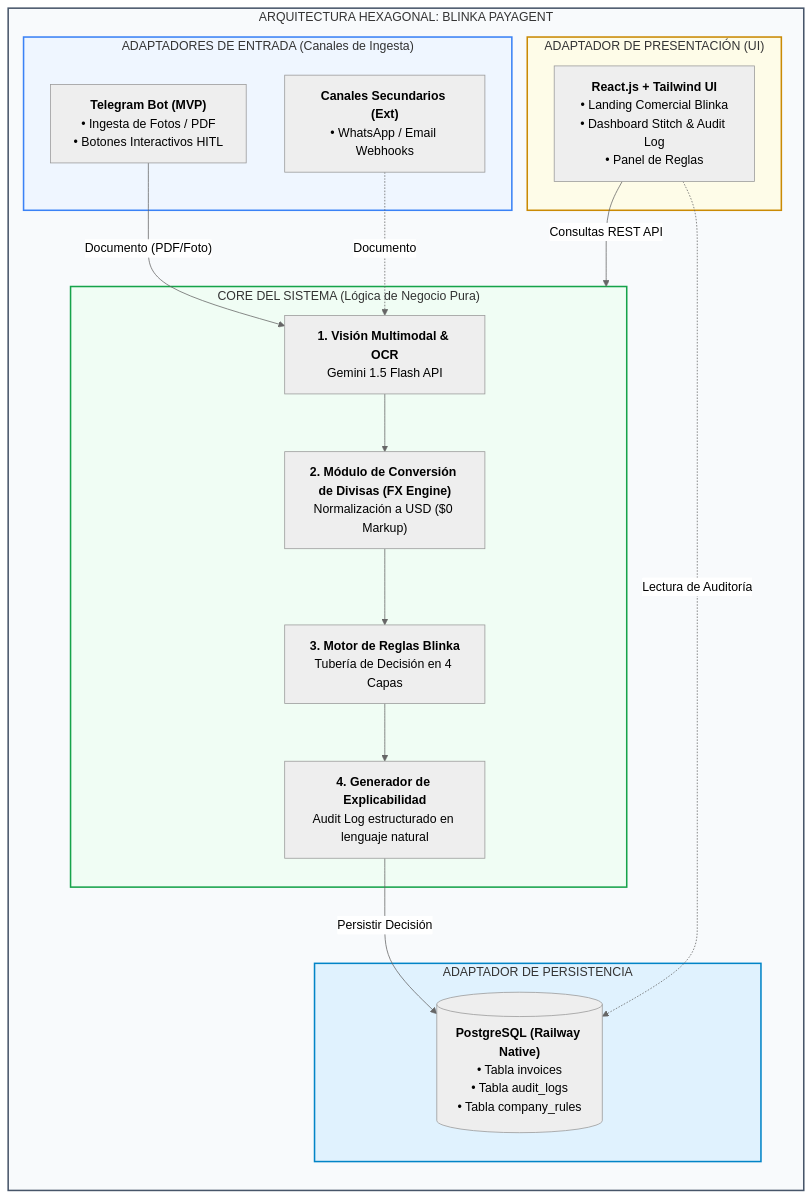
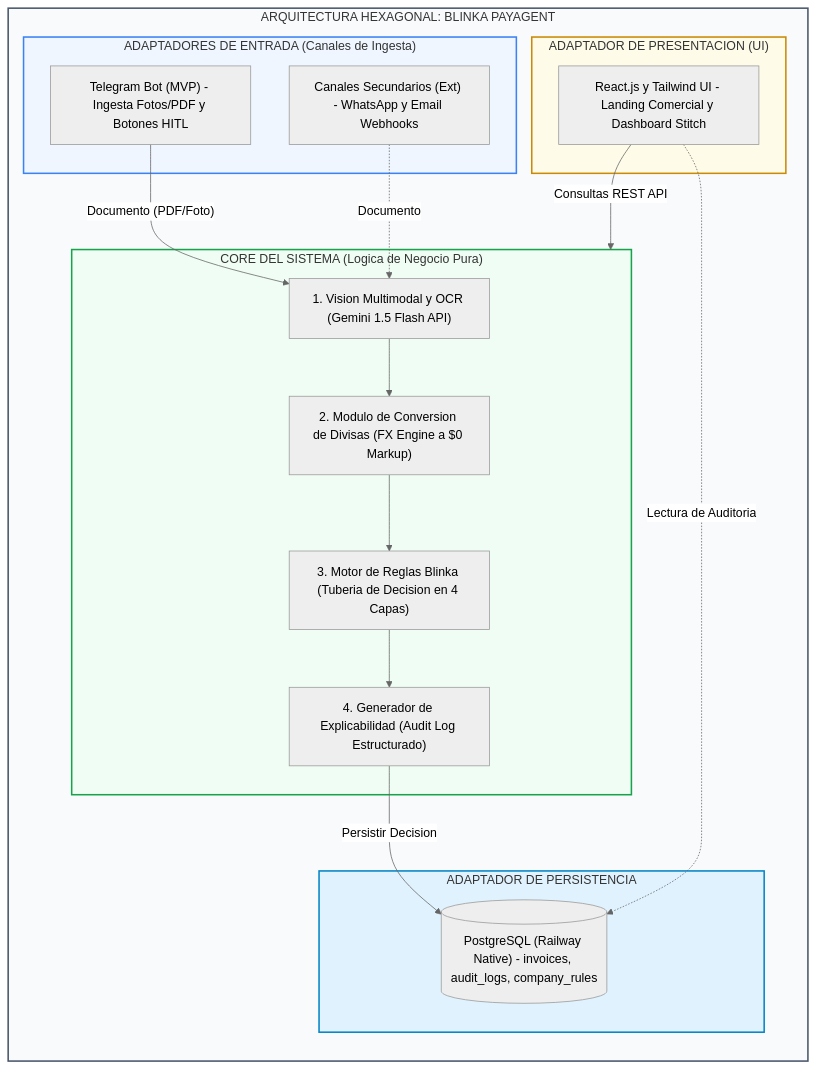
Before and after one commit to Oriojas/30X_404_team: the first of 2 diagrams in docs/arquitectura/arquitectura_solucion_v4.md, drawn with Mermaid (neutral theme). The commit also changed other lines of this file and 6 other files, not shown here.

First line of the commit message:
fix: corregir sintaxis de diagramas mermaid y eliminar etiquetas html visibles

````diff
--- a/docs/arquitectura/arquitectura_solucion_v4.md
+++ b/docs/arquitectura/arquitectura_solucion_v4.md
@@ -13,40 +13,40 @@
 ```mermaid
 flowchart TD
     subgraph System ["ARQUITECTURA HEXAGONAL: BLINKA PAYAGENT"]
         direction TB
 
         subgraph InAdapters ["ADAPTADORES DE ENTRADA (Canales de Ingesta)"]
-            Telegram["<b>Telegram Bot (MVP)</b><br/>• Ingesta de Fotos / PDF<br/>• Botones Interactivos HITL"]
-            OtherChannels["<b>Canales Secundarios (Ext)</b><br/>• WhatsApp / Email Webhooks"]
+            Telegram["Telegram Bot (MVP) - Ingesta Fotos/PDF y Botones HITL"]
+            OtherChannels["Canales Secundarios (Ext) - WhatsApp y Email Webhooks"]
         end
 
-        subgraph OutAdapters ["ADAPTADOR DE PRESENTACIÓN (UI)"]
-            ReactUI["<b>React.js + Tailwind UI</b><br/>• Landing Comercial Blinka<br/>• Dashboard Stitch & Audit Log<br/>• Panel de Reglas"]
+        subgraph OutAdapters ["ADAPTADOR DE PRESENTACION (UI)"]
+            ReactUI["React.js y Tailwind UI - Landing Comercial y Dashboard Stitch"]
         end
 
-        subgraph Core ["CORE DEL SISTEMA (Lógica de Negocio Pura)"]
-            OCR["<b>1. Visión Multimodal & OCR</b><br/>Gemini 1.5 Flash API"]
-            FX["<b>2. Módulo de Conversión de Divisas (FX Engine)</b><br/>Normalización a USD ($0 Markup)"]
-            Rules["<b>3. Motor de Reglas Blinka</b><br/>Tubería de Decisión en 4 Capas"]
-            Audit["<b>4. Generador de Explicabilidad</b><br/>Audit Log estructurado en lenguaje natural"]
+        subgraph Core ["CORE DEL SISTEMA (Logica de Negocio Pura)"]
+            OCR["1. Vision Multimodal y OCR (Gemini 1.5 Flash API)"]
+            FX["2. Modulo de Conversion de Divisas (FX Engine a $0 Markup)"]
+            Rules["3. Motor de Reglas Blinka (Tuberia de Decision en 4 Capas)"]
+            Audit["4. Generador de Explicabilidad (Audit Log Estructurado)"]
 
             OCR --> FX --> Rules --> Audit
         end
 
         subgraph PersistAdapter ["ADAPTADOR DE PERSISTENCIA"]
-            DB[("<b>PostgreSQL (Railway Native)</b><br/>• Tabla invoices<br/>• Tabla audit_logs<br/>• Tabla company_rules")]
+            DB[("PostgreSQL (Railway Native) - invoices, audit_logs, company_rules")]
         end
 
         Telegram -->|"Documento (PDF/Foto)"| OCR
         OtherChannels -.->|"Documento"| OCR
-        Audit -->|"Persistir Decisión"| DB
+        Audit -->|"Persistir Decision"| DB
         ReactUI -->|"Consultas REST API"| Core
-        ReactUI -.->|"Lectura de Auditoría"| DB
+        ReactUI -.->|"Lectura de Auditoria"| DB
     end
 
     style System fill:#f8fafc,stroke:#475569,stroke-width:2px
     style InAdapters fill:#eff6ff,stroke:#3b82f6,stroke-width:2px
     style OutAdapters fill:#fefce8,stroke:#ca8a04,stroke-width:2px
     style Core fill:#f0fdf4,stroke:#16a34a,stroke-width:2px
     style PersistAdapter fill:#e0f2fe,stroke:#0284c7,stroke-width:2px
 ```
````
